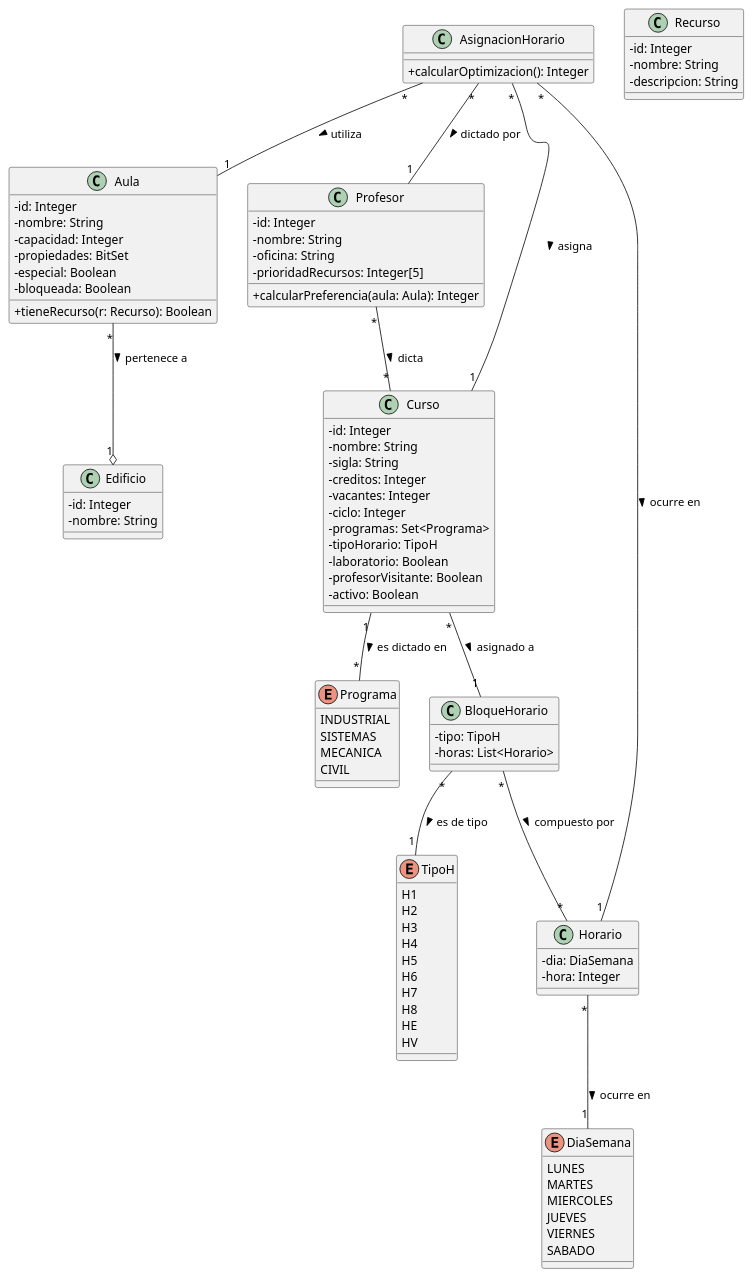
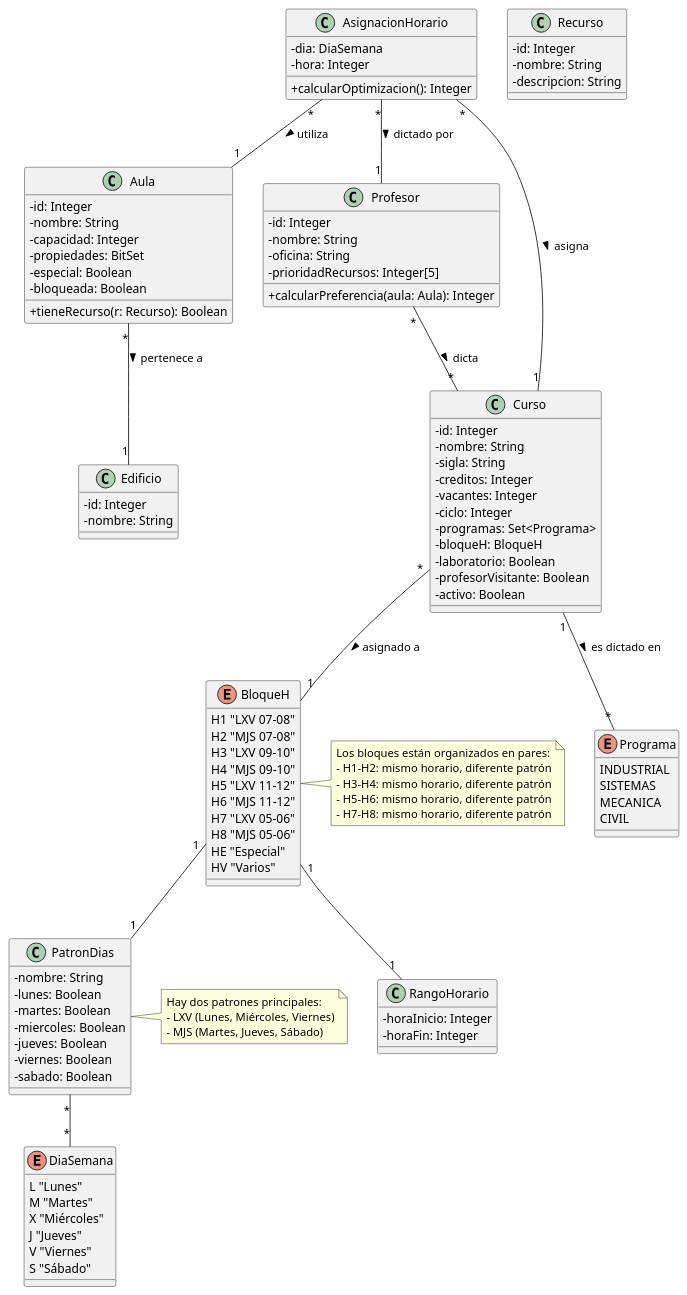
The diagram in modelosUML/MDD.puml (Hexcss/scheduler), drawn with PlantUML before and after one commit. The commit also changed 1 other file, not shown here.

```diff
--- a/modelosUML/MDD.puml
+++ b/modelosUML/MDD.puml
@@ -1,103 +1,124 @@
 @startuml
 skinparam classAttributeIconSize 0
 
 class Aula {
   -id: Integer
   -nombre: String
   -capacidad: Integer
   -propiedades: BitSet
   -especial: Boolean
   -bloqueada: Boolean
   +tieneRecurso(r: Recurso): Boolean
 }
 
 class Profesor {
   -id: Integer
   -nombre: String
   -oficina: String
   -prioridadRecursos: Integer[5]
   +calcularPreferencia(aula: Aula): Integer
 }
 
 class Curso {
   -id: Integer
   -nombre: String
   -sigla: String
   -creditos: Integer
   -vacantes: Integer
   -ciclo: Integer
   -programas: Set<Programa>
-  -tipoHorario: TipoH
+  -bloqueH: BloqueH
   -laboratorio: Boolean
   -profesorVisitante: Boolean
   -activo: Boolean
 }
 
-class Horario {
+enum BloqueH {
+  H1 "LXV 07-08"
+  H2 "MJS 07-08"
+  H3 "LXV 09-10"
+  H4 "MJS 09-10"
+  H5 "LXV 11-12"
+  H6 "MJS 11-12"
+  H7 "LXV 05-06"
+  H8 "MJS 05-06"
+  HE "Especial"
+  HV "Varios"
+}
+
+class PatronDias {
+  -nombre: String
+  -lunes: Boolean
+  -martes: Boolean
+  -miercoles: Boolean
+  -jueves: Boolean
+  -viernes: Boolean
+  -sabado: Boolean
+}
+
+class RangoHorario {
+  -horaInicio: Integer
+  -horaFin: Integer
+}
+
+class AsignacionHorario {
   -dia: DiaSemana
   -hora: Integer
-}
-
-class BloqueHorario {
-  -tipo: TipoH
-  -horas: List<Horario>
-}
-
-enum TipoH {
-  H1
-  H2
-  H3
-  H4
-  H5
-  H6
-  H7
-  H8
-  HE
-  HV
+  +calcularOptimizacion(): Integer
 }
 
 enum DiaSemana {
-  LUNES
-  MARTES
-  MIERCOLES
-  JUEVES
-  VIERNES
-  SABADO
+  L "Lunes"
+  M "Martes"
+  X "Miércoles"
+  J "Jueves"
+  V "Viernes"
+  S "Sábado"
 }
 
 enum Programa {
   INDUSTRIAL
   SISTEMAS
   MECANICA
   CIVIL
-}
-
-class AsignacionHorario {
-  +calcularOptimizacion(): Integer
 }
 
 class Edificio {
   -id: Integer
   -nombre: String
 }
 
 class Recurso {
   -id: Integer
   -nombre: String
   -descripcion: String
 }
 
-Aula "*" --o "1" Edificio: pertenece a >
+BloqueH "1" -- "1" PatronDias
+BloqueH "1" -- "1" RangoHorario
+PatronDias "*" -- "*" DiaSemana
+
+Aula "*" -- "1" Edificio: pertenece a >
 Curso "1" -- "*" Programa: es dictado en >
-Curso "*" -- "1" BloqueHorario: asignado a >
-BloqueHorario "*" -- "1" TipoH: es de tipo >
-BloqueHorario "*" -- "*" Horario: compuesto por >
-Horario "*" -- "1" DiaSemana: ocurre en >
+Curso "*" -- "1" BloqueH: asignado a >
 
 AsignacionHorario "*" -- "1" Aula: utiliza >
 AsignacionHorario "*" -- "1" Curso: asigna >
 AsignacionHorario "*" -- "1" Profesor: dictado por >
-AsignacionHorario "*" -- "1" Horario: ocurre en >
 
 Profesor "*" -- "*" Curso: dicta >
+
+note right of PatronDias
+  Hay dos patrones principales:
+  - LXV (Lunes, Miércoles, Viernes)
+  - MJS (Martes, Jueves, Sábado)
+end note
+
+note right of BloqueH
+  Los bloques están organizados en pares:
+  - H1-H2: mismo horario, diferente patrón
+  - H3-H4: mismo horario, diferente patrón
+  - H5-H6: mismo horario, diferente patrón
+  - H7-H8: mismo horario, diferente patrón
+end note
 @enduml
```
